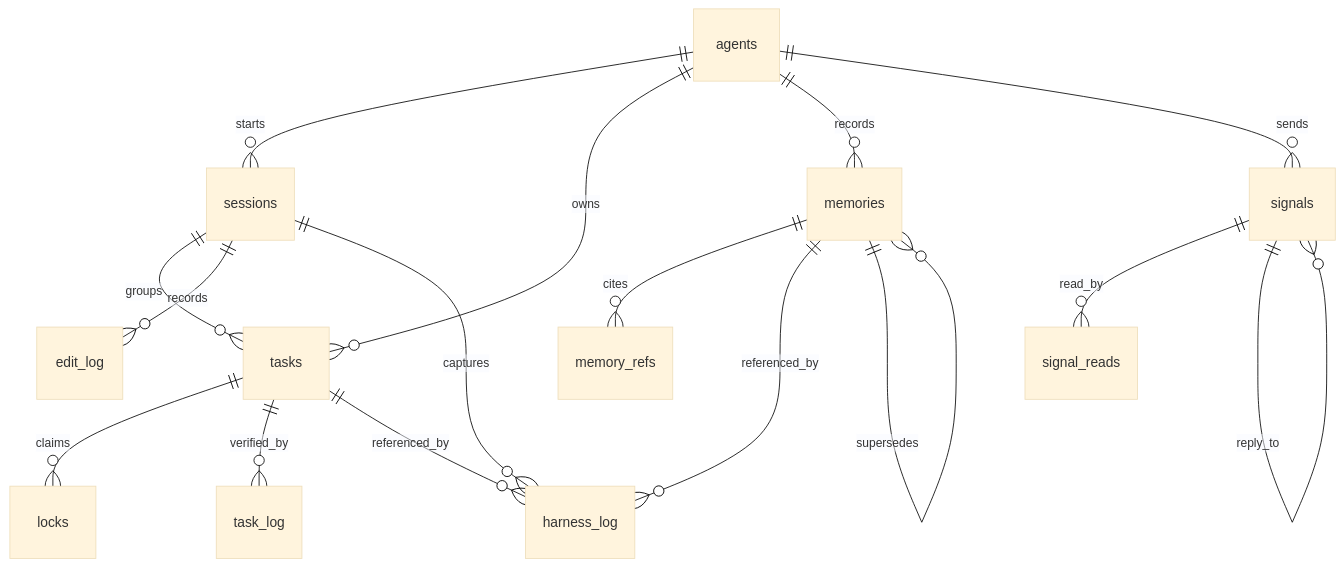
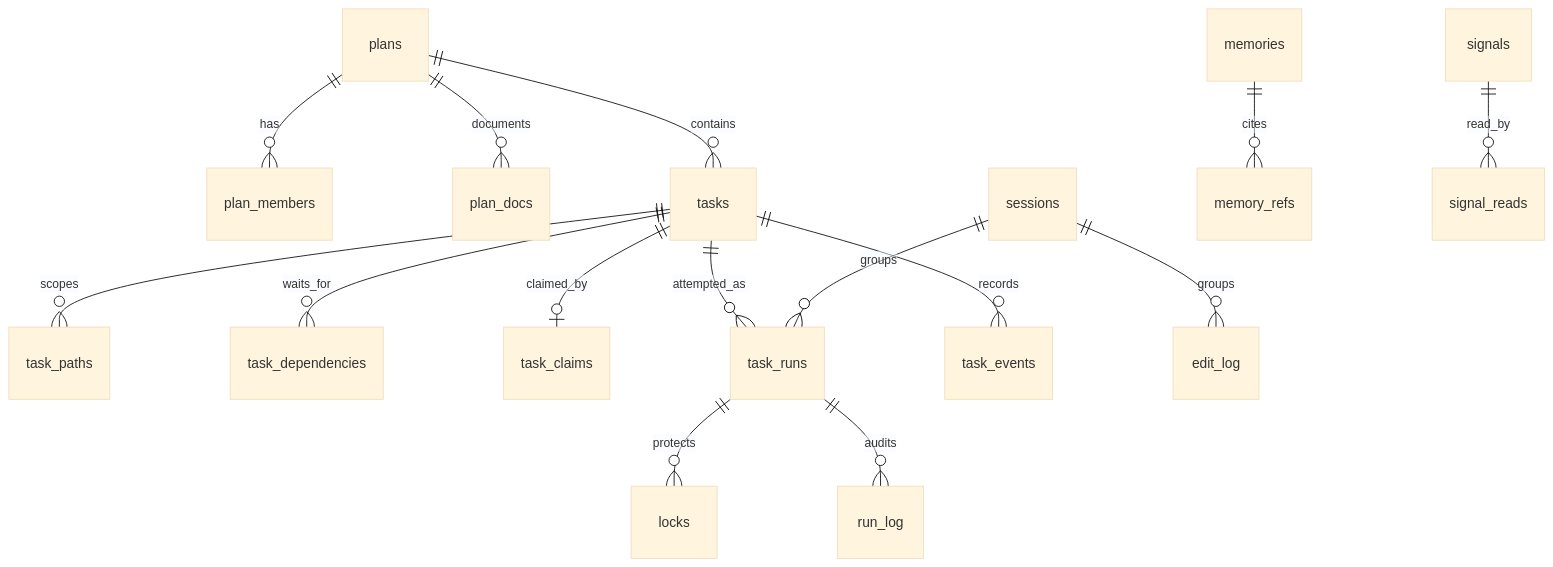
The diagram in packages/octocode-awareness/docs/DB.md (yermakoffivan/octocode), drawn with Mermaid (base theme) before and after one commit. The commit also changed other lines of this file and 129 other files, not shown here.

````diff
--- a/packages/octocode-awareness/docs/DB.md
+++ b/packages/octocode-awareness/docs/DB.md
@@ -39,18 +40,17 @@
 ```mermaid
 erDiagram
-  agents ||--o{ sessions : "starts"
-  agents ||--o{ tasks : "owns"
-  agents ||--o{ memories : "records"
-  agents ||--o{ signals : "sends"
-  sessions ||--o{ tasks : "groups"
-  sessions ||--o{ edit_log : "records"
-  sessions ||--o{ harness_log : "captures"
-  tasks ||--o{ locks : "claims"
-  tasks ||--o{ task_log : "verified_by"
-  tasks ||--o{ harness_log : "referenced_by"
-  memories ||--o{ memory_refs : "cites"
-  memories ||--o{ harness_log : "referenced_by"
-  signals ||--o{ signal_reads : "read_by"
-  signals ||--o{ signals : "reply_to"
-  memories ||--o{ memories : "supersedes"
+  plans ||--o{ plan_members : has
+  plans ||--o{ plan_docs : documents
+  plans ||--o{ tasks : contains
+  tasks ||--o{ task_paths : scopes
+  tasks ||--o{ task_dependencies : waits_for
+  tasks ||--o| task_claims : claimed_by
+  tasks ||--o{ task_runs : attempted_as
+  task_runs ||--o{ locks : protects
+  task_runs ||--o{ run_log : audits
+  tasks ||--o{ task_events : records
+  sessions ||--o{ task_runs : groups
+  sessions ||--o{ edit_log : groups
+  memories ||--o{ memory_refs : cites
+  signals ||--o{ signal_reads : read_by
 ```
````
